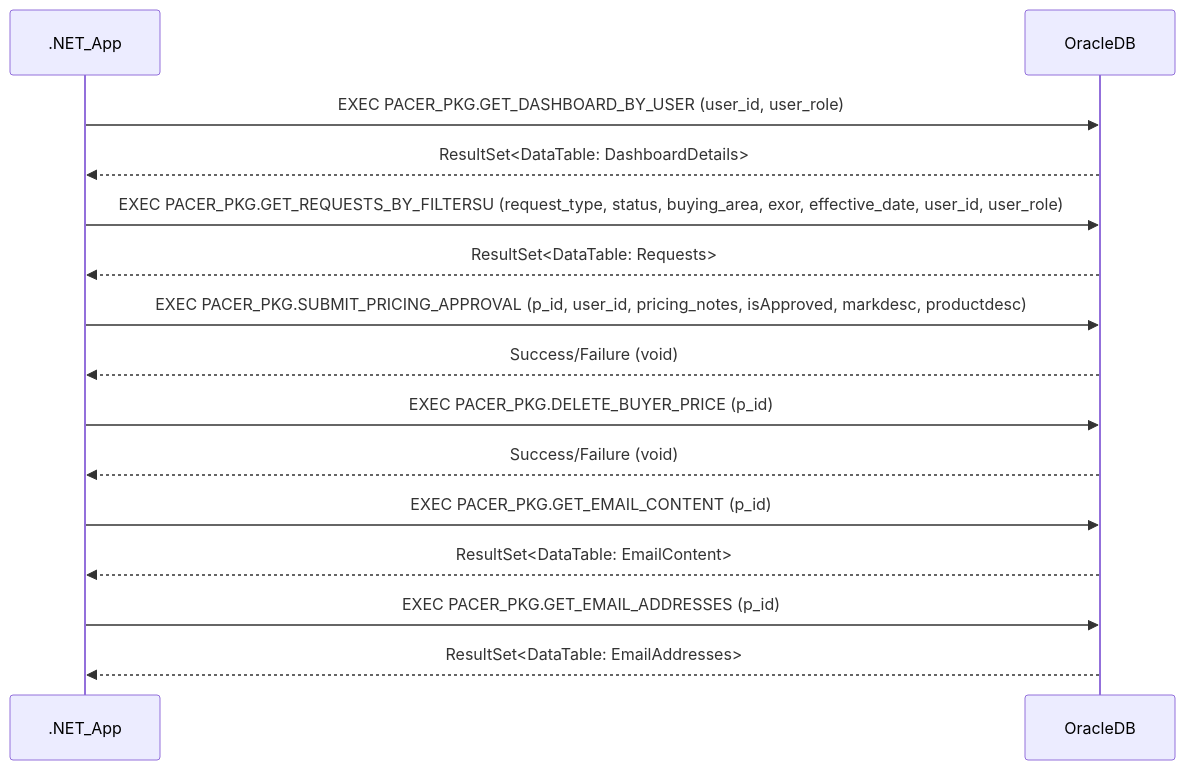
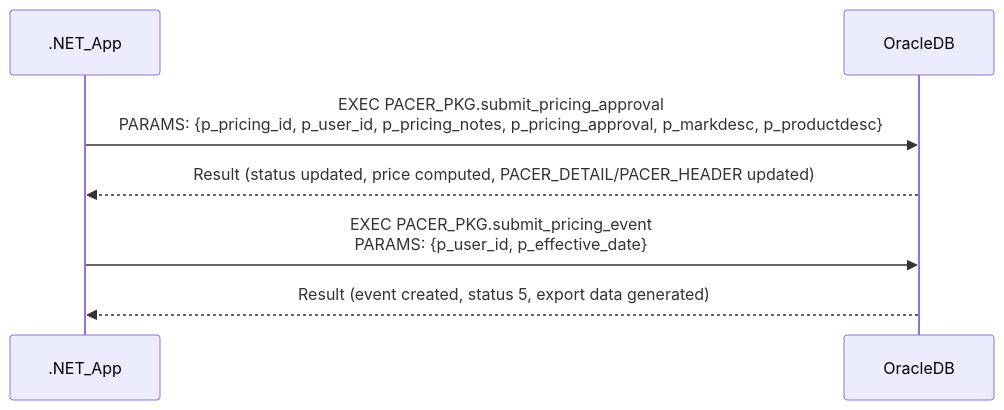
The second of 4 diagrams in PricingApproval_markdown_files/PricingApproval_business_functionality.md (saniyakapur39/.NET_code_analyzer), drawn with Mermaid before and after one commit. The commit also changed other lines of this file, not shown here.

````diff
--- a/PricingApproval_markdown_files/PricingApproval_business_functionality.md
+++ b/PricingApproval_markdown_files/PricingApproval_business_functionality.md
@@ -59,17 +161,9 @@
 ```mermaid
 sequenceDiagram
-    participant .NET_App
-    participant OracleDB
-    .NET_App->>OracleDB: EXEC PACER_PKG.GET_DASHBOARD_BY_USER (user_id, user_role)
-    OracleDB-->>.NET_App: ResultSet<DataTable: DashboardDetails>
-    .NET_App->>OracleDB: EXEC PACER_PKG.GET_REQUESTS_BY_FILTERSU (request_type, status, buying_area, exor, effective_date, user_id, user_role)
-    OracleDB-->>.NET_App: ResultSet<DataTable: Requests>
-    .NET_App->>OracleDB: EXEC PACER_PKG.SUBMIT_PRICING_APPROVAL (p_id, user_id, pricing_notes, isApproved, markdesc, productdesc)
-    OracleDB-->>.NET_App: Success/Failure (void)
-    .NET_App->>OracleDB: EXEC PACER_PKG.DELETE_BUYER_PRICE (p_id)
-    OracleDB-->>.NET_App: Success/Failure (void)
-    .NET_App->>OracleDB: EXEC PACER_PKG.GET_EMAIL_CONTENT (p_id)
-    OracleDB-->>.NET_App: ResultSet<DataTable: EmailContent>
-    .NET_App->>OracleDB: EXEC PACER_PKG.GET_EMAIL_ADDRESSES (p_id)
-    OracleDB-->>.NET_App: ResultSet<DataTable: EmailAddresses>
+participant .NET_App
+participant OracleDB
+.NET_App->>OracleDB: EXEC PACER_PKG.submit_pricing_approval<br/>PARAMS: {p_pricing_id, p_user_id, p_pricing_notes, p_pricing_approval, p_markdesc, p_productdesc}
+OracleDB-->>.NET_App: Result (status updated, price computed, PACER_DETAIL/PACER_HEADER updated)
+.NET_App->>OracleDB: EXEC PACER_PKG.submit_pricing_event<br/>PARAMS: {p_user_id, p_effective_date}
+OracleDB-->>.NET_App: Result (event created, status 5, export data generated)
 ```
````
